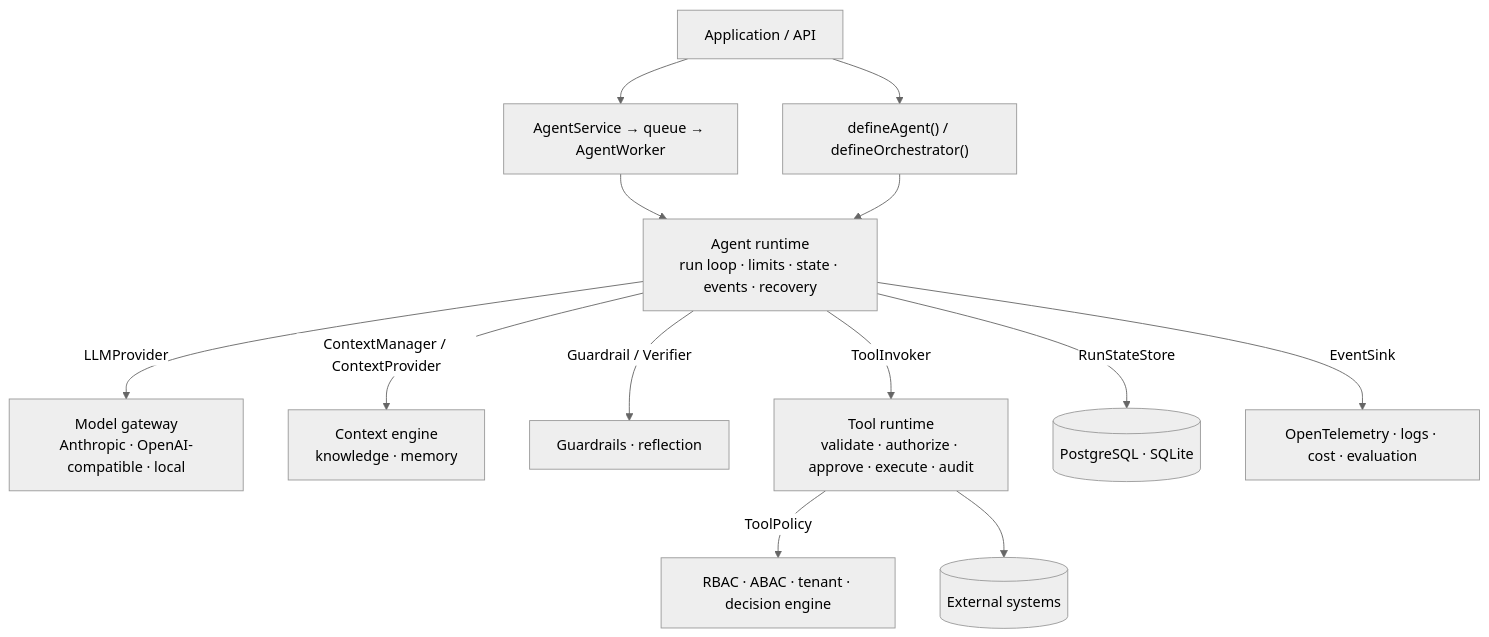
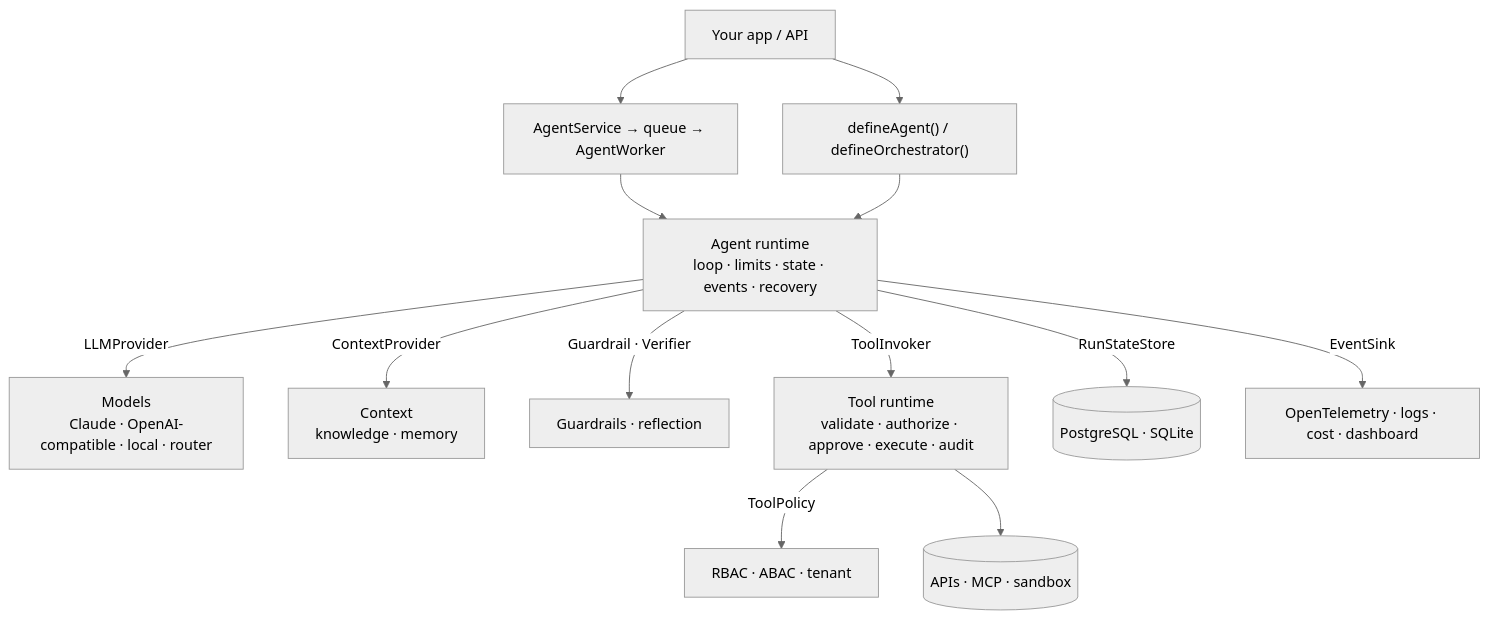
The diagram in README.md (Abdelrahman-sadek/agents-framework), drawn with Mermaid (neutral theme) before and after one commit. The commit also changed other lines of this file and 19 other files, not shown here.

````diff
--- a/README.md
+++ b/README.md
@@ -145,15 +214,15 @@
 ```mermaid
 flowchart TB
-    App[Application / API] --> Service["AgentService → queue → AgentWorker"]
+    App[Your app / API] --> Service["AgentService → queue → AgentWorker"]
     App --> Agent["defineAgent() / defineOrchestrator()"]
     Service --> Runtime
-    Agent --> Runtime["Agent runtime<br/>run loop · limits · state · events · recovery"]
-    Runtime -->|LLMProvider| LLM["Model gateway<br/>Anthropic · OpenAI-compatible · local"]
-    Runtime -->|ContextManager / ContextProvider| Ctx["Context engine<br/>knowledge · memory"]
-    Runtime -->|Guardrail / Verifier| Guard["Guardrails · reflection"]
+    Agent --> Runtime["Agent runtime<br/>loop · limits · state · events · recovery"]
+    Runtime -->|LLMProvider| LLM["Models<br/>Claude · OpenAI-compatible · local · router"]
+    Runtime -->|ContextProvider| Ctx["Context<br/>knowledge · memory"]
+    Runtime -->|Guardrail · Verifier| Guard["Guardrails · reflection"]
     Runtime -->|ToolInvoker| Tools["Tool runtime<br/>validate · authorize · approve · execute · audit"]
-    Tools -->|ToolPolicy| Policy["RBAC · ABAC · tenant · decision engine"]
-    Tools --> Ext[(External systems)]
-    Runtime -->|RunStateStore| Store[(PostgreSQL · SQLite)]
-    Runtime -->|EventSink| Obs["OpenTelemetry · logs · cost · evaluation"]
+    Tools -->|ToolPolicy| Policy["RBAC · ABAC · tenant"]
+    Tools --> Ext[("APIs · MCP · sandbox")]
+    Runtime -->|RunStateStore| Store[("PostgreSQL · SQLite")]
+    Runtime -->|EventSink| Obs["OpenTelemetry · logs · cost · dashboard"]
 ```
````
